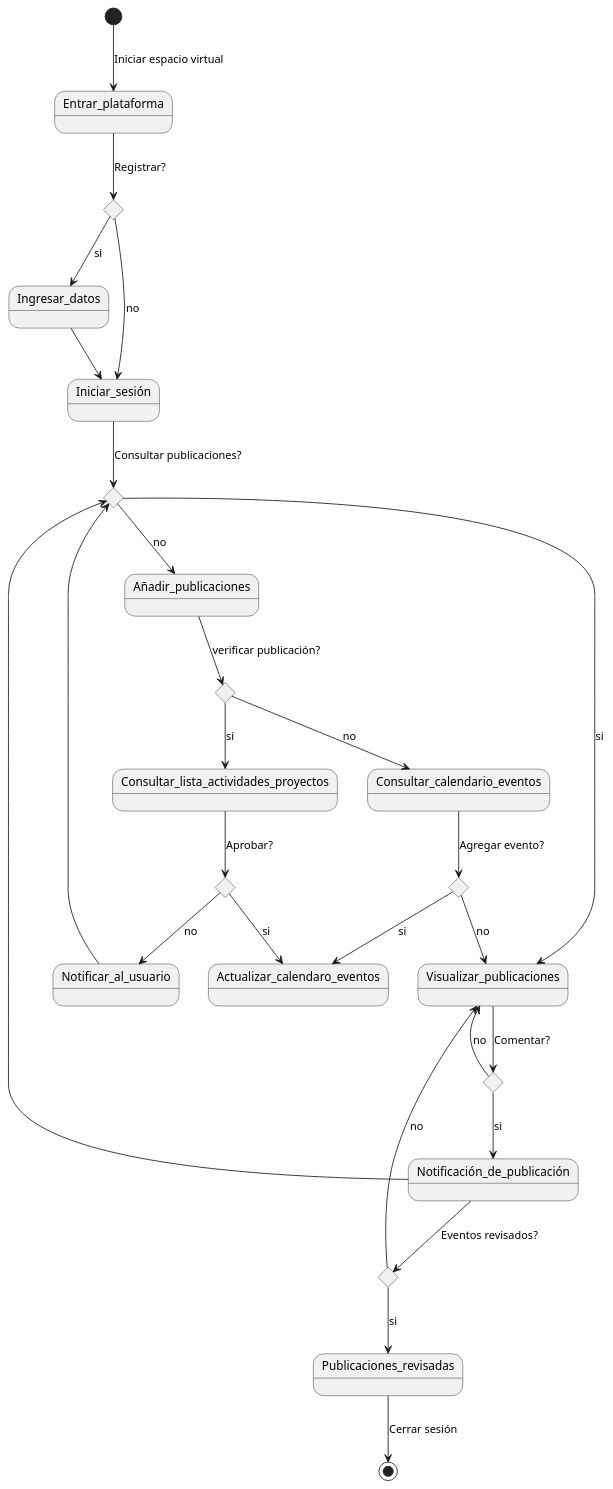
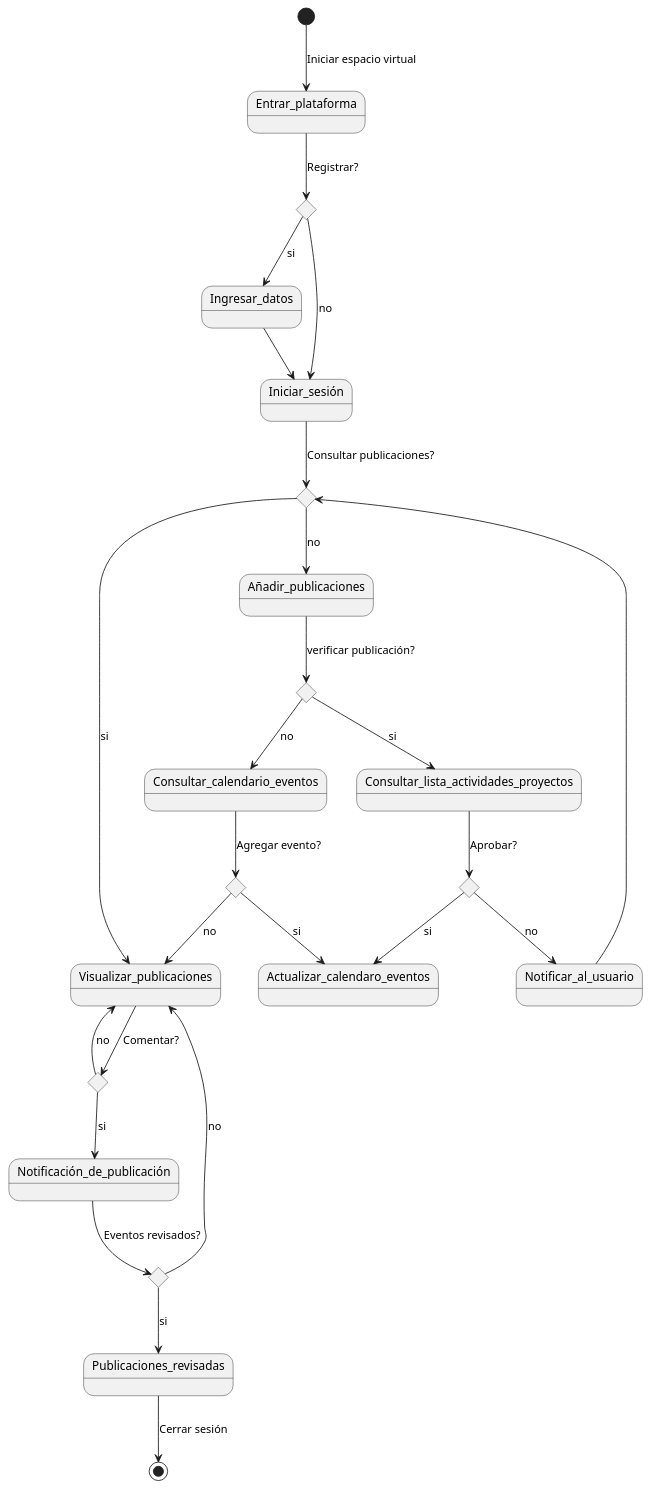
The diagram in docs/scenariosView/Diagrama de Estado.puml (amandamdzah/ING_SOFT), drawn with PlantUML before and after one commit.

Commit message:
correción Diagrama de estado

```diff
--- a/docs/scenariosView/Diagrama de Estado.puml
+++ b/docs/scenariosView/Diagrama de Estado.puml
@@ -1,38 +1,37 @@
 @startuml Diagrama de Estado Proyecto
 state c1 <<choice>>
 state c2 <<choice>>
 state c3 <<choice>>
 state c4 <<choice>>
 state c5 <<choice>>
 state c6 <<choice>>
 state c7 <<choice>>
 
 [*] --> Entrar_plataforma: Iniciar espacio virtual
 Entrar_plataforma-->c1:Registrar?
 c1-->Ingresar_datos :si
 c1-->Iniciar_sesión :no
 Ingresar_datos-->Iniciar_sesión
 Iniciar_sesión-->c2:Consultar publicaciones?
 c2-->Visualizar_publicaciones :si
 c2--> Añadir_publicaciones :no
 Visualizar_publicaciones-->c3:Comentar?
 c3-->Notificación_de_publicación :si
 c3-->Visualizar_publicaciones :no
 Notificación_de_publicación-->c4:Eventos revisados?
 c4-->Publicaciones_revisadas :si
 Publicaciones_revisadas-->[*] :Cerrar sesión
 c4--> Visualizar_publicaciones :no
-Notificación_de_publicación-->c2
 Añadir_publicaciones-->c5: verificar publicación?
 c5-->Consultar_lista_actividades_proyectos :si
 c5-->Consultar_calendario_eventos :no
 Consultar_lista_actividades_proyectos-->c6:Aprobar?
 c6-->Actualizar_calendaro_eventos :si
 c6-->Notificar_al_usuario :no
 Notificar_al_usuario-->c2
 Consultar_calendario_eventos-->c7:Agregar evento?
 c7-->Actualizar_calendaro_eventos :si
 c7--> Visualizar_publicaciones :no
 
 
 @enduml
```
